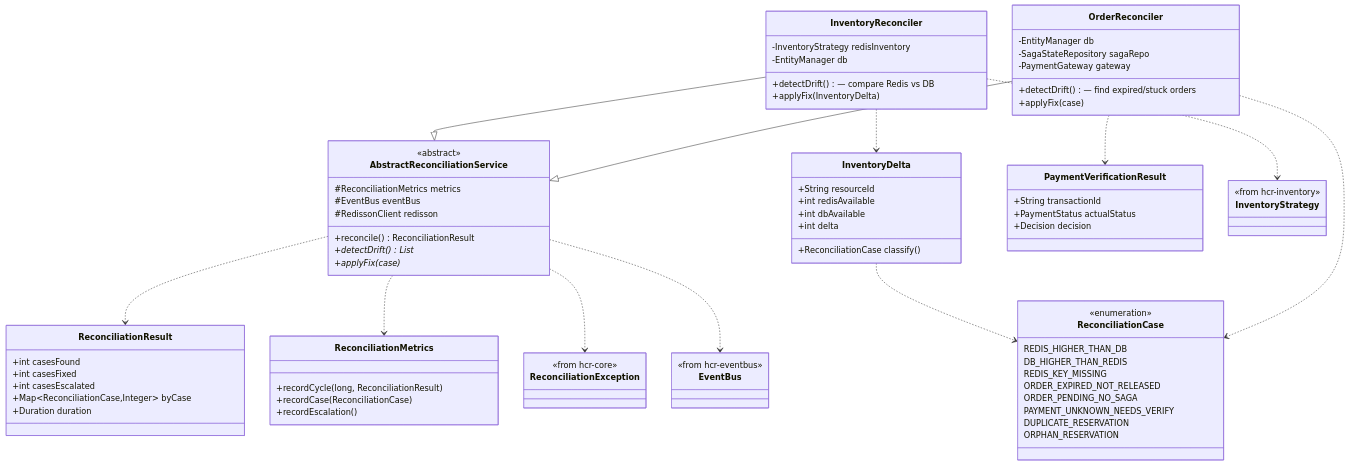
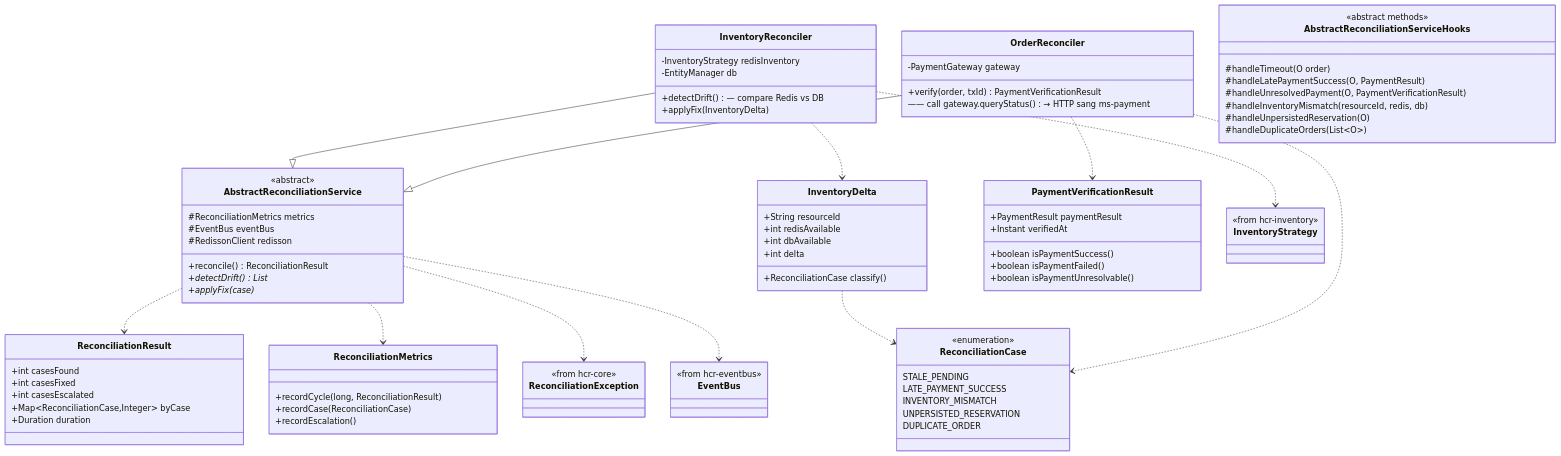
Before and after one commit to chicuongdev/ticket-framework: the diagram in hcr-reconciliation/README.md, drawn with Mermaid. The commit also changed other lines of this file and 195 other files, not shown here.

```diff
--- a/hcr-reconciliation/README.md
+++ b/hcr-reconciliation/README.md
@@ -72,23 +72,18 @@
     }
 
     class OrderReconciler {
-        -EntityManager db
-        -SagaStateRepository sagaRepo
         -PaymentGateway gateway
-        +detectDrift() — find expired/stuck orders
-        +applyFix(case)
+        +verify(order, txId) PaymentVerificationResult
+        —— call gateway.queryStatus() → HTTP sang ms-payment
     }
 
     class ReconciliationCase {
         <<enumeration>>
-        REDIS_HIGHER_THAN_DB
-        DB_HIGHER_THAN_REDIS
-        REDIS_KEY_MISSING
-        ORDER_EXPIRED_NOT_RELEASED
-        ORDER_PENDING_NO_SAGA
-        PAYMENT_UNKNOWN_NEEDS_VERIFY
-        DUPLICATE_RESERVATION
-        ORPHAN_RESERVATION
+        STALE_PENDING
+        LATE_PAYMENT_SUCCESS
+        INVENTORY_MISMATCH
+        UNPERSISTED_RESERVATION
+        DUPLICATE_ORDER
     }
 
     class ReconciliationResult {
@@ -108,9 +103,21 @@
     }
 
     class PaymentVerificationResult {
-        +String transactionId
-        +PaymentStatus actualStatus
-        +Decision decision
+        +PaymentResult paymentResult
+        +Instant verifiedAt
+        +boolean isPaymentSuccess()
+        +boolean isPaymentFailed()
+        +boolean isPaymentUnresolvable()
+    }
+
+    class AbstractReconciliationServiceHooks {
+        <<abstract methods>>
+        #handleTimeout(O order)
+        #handleLatePaymentSuccess(O, PaymentResult)
+        #handleUnresolvedPayment(O, PaymentVerificationResult)
+        #handleInventoryMismatch(resourceId, redis, db)
+        #handleUnpersistedReservation(O)
+        #handleDuplicateOrders(List~O~)
     }
 
     class ReconciliationMetrics {
```
